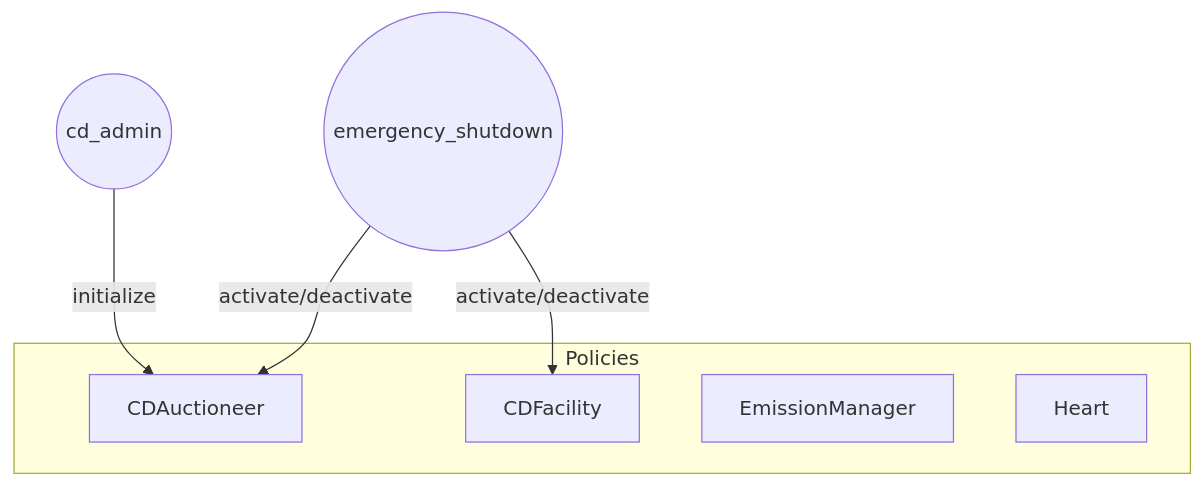
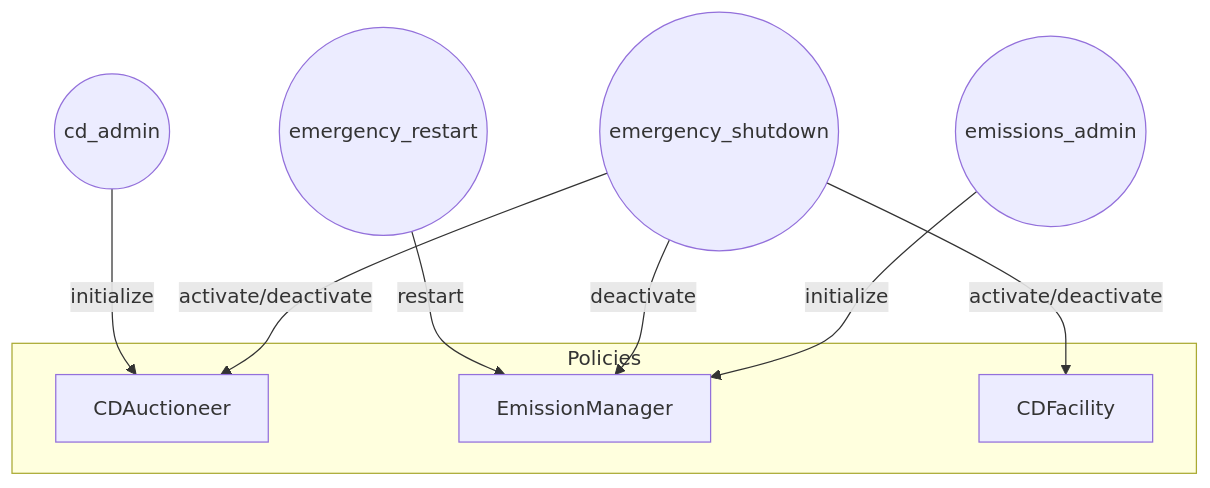
One commit to OlympusDAO/olympus-v3 changed the first of 4 diagrams in audit/2025-01_convertible-deposits/README.md. Above: the diagram before and after it, drawn with Mermaid. The commit also changed other lines of this file, not shown here.

Commit message:
Add sequence diagrams

````diff
--- a/audit/2025-01_convertible-deposits/README.md
+++ b/audit/2025-01_convertible-deposits/README.md
@@ -117,13 +120,15 @@
 ```mermaid
 flowchart TD
   cd_admin((cd_admin)) -- initialize --> CDAuctioneer
+  emergency_restart((emergency_restart)) -- restart --> EmissionManager
   emergency_shutdown((emergency_shutdown)) -- activate/deactivate --> CDAuctioneer
   emergency_shutdown((emergency_shutdown)) -- activate/deactivate --> CDFacility
+  emergency_shutdown((emergency_shutdown)) -- deactivate --> EmissionManager
+  emissions_admin((emissions_admin)) -- initialize --> EmissionManager
 
   subgraph Policies
     CDAuctioneer
     CDFacility
     EmissionManager
-    Heart
   end
 ```
````
